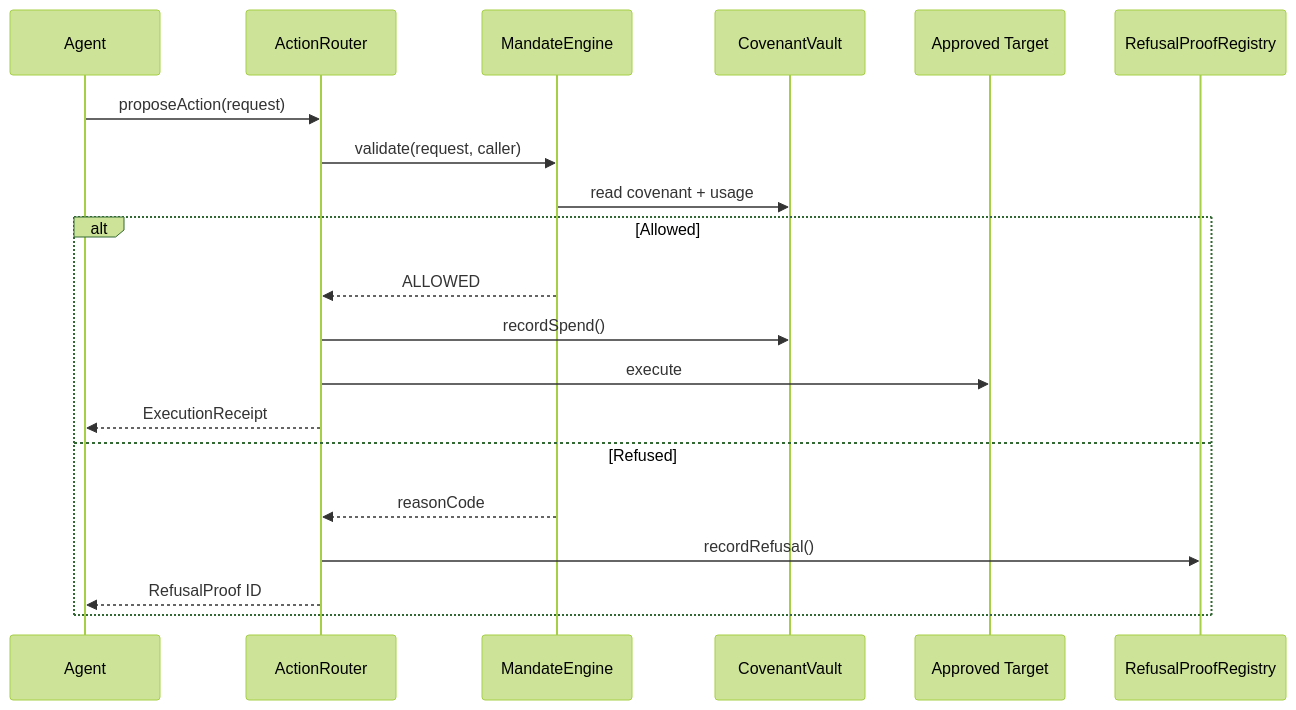
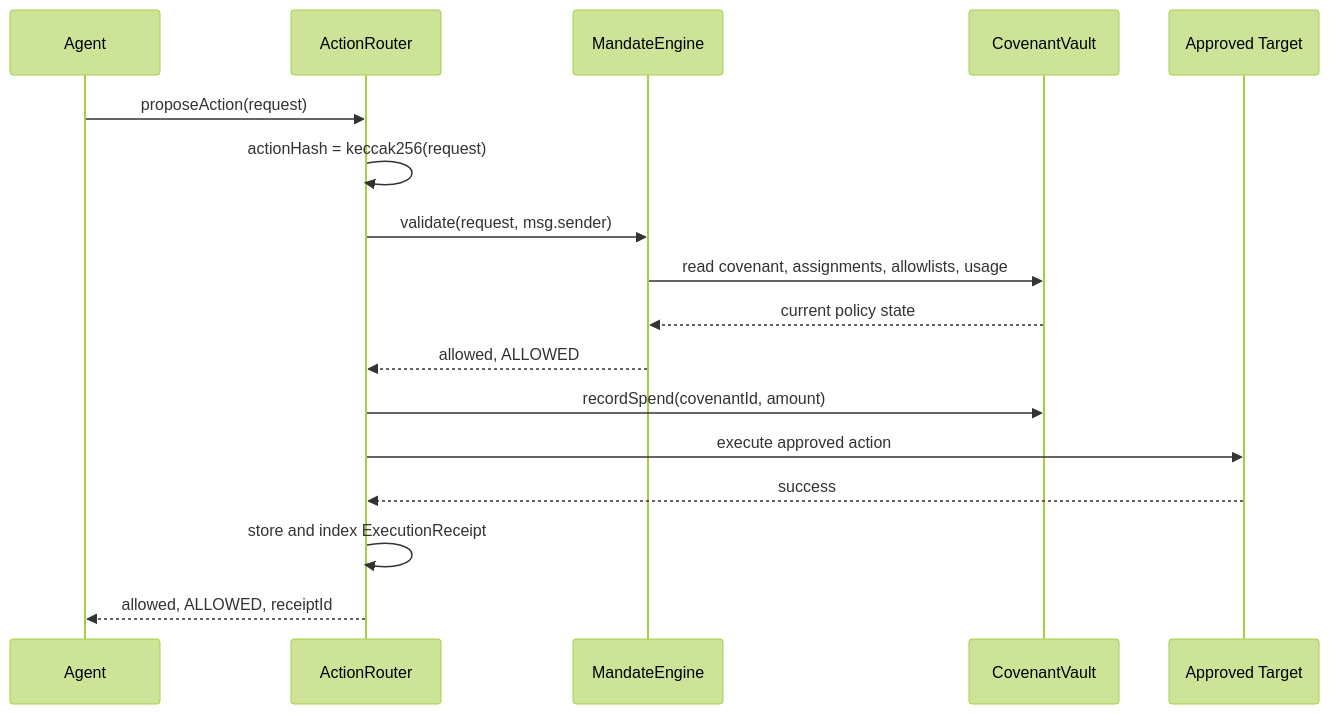
Before and after one commit to karagozemin/Covenant-Prime: the second of 4 diagrams in ARCHITECTURE.md, drawn with Mermaid (forest theme). The commit also changed other lines of this file and 7 other files, not shown here.

Commit message:
refactor architecture documentation to clarify system objectives, architectural principles, and contract boundaries; remove demo script and security documentation for streamlined focus

````diff
--- a/ARCHITECTURE.md
+++ b/ARCHITECTURE.md
@@ -15,23 +199,20 @@
 ```mermaid
 sequenceDiagram
     participant Agent
     participant Router as ActionRouter
     participant Engine as MandateEngine
     participant Vault as CovenantVault
     participant Target as Approved Target
-    participant Proofs as RefusalProofRegistry
 
     Agent->>Router: proposeAction(request)
-    Router->>Engine: validate(request, caller)
-    Engine->>Vault: read covenant + usage
-    alt Allowed
-        Engine-->>Router: ALLOWED
-        Router->>Vault: recordSpend()
-        Router->>Target: execute
-        Router-->>Agent: ExecutionReceipt
-    else Refused
-        Engine-->>Router: reasonCode
-        Router->>Proofs: recordRefusal()
-        Router-->>Agent: RefusalProof ID
-    end
+    Router->>Router: actionHash = keccak256(request)
+    Router->>Engine: validate(request, msg.sender)
+    Engine->>Vault: read covenant, assignments, allowlists, usage
+    Vault-->>Engine: current policy state
+    Engine-->>Router: allowed, ALLOWED
+    Router->>Vault: recordSpend(covenantId, amount)
+    Router->>Target: execute approved action
+    Target-->>Router: success
+    Router->>Router: store and index ExecutionReceipt
+    Router-->>Agent: allowed, ALLOWED, receiptId
 ```
````
